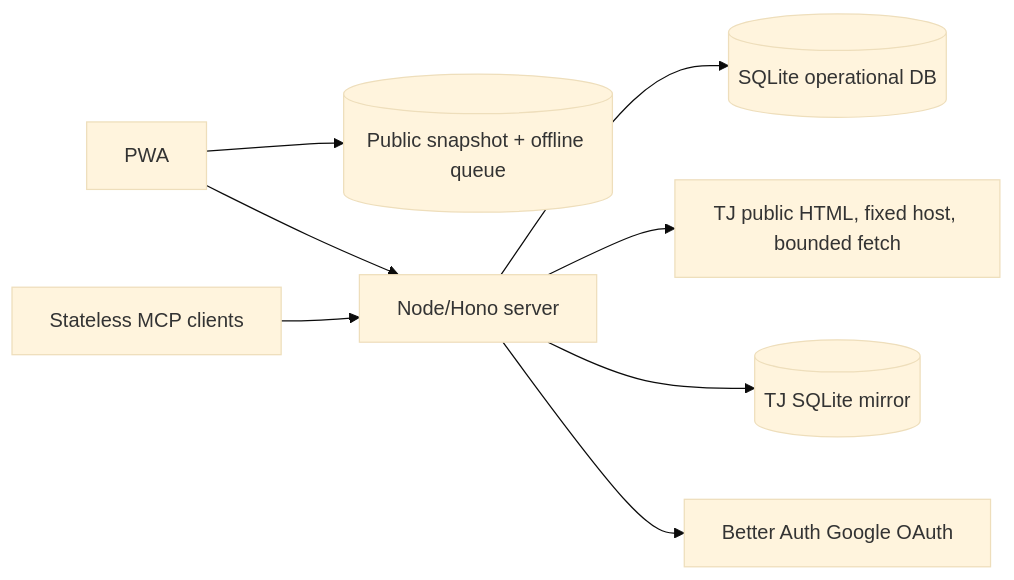
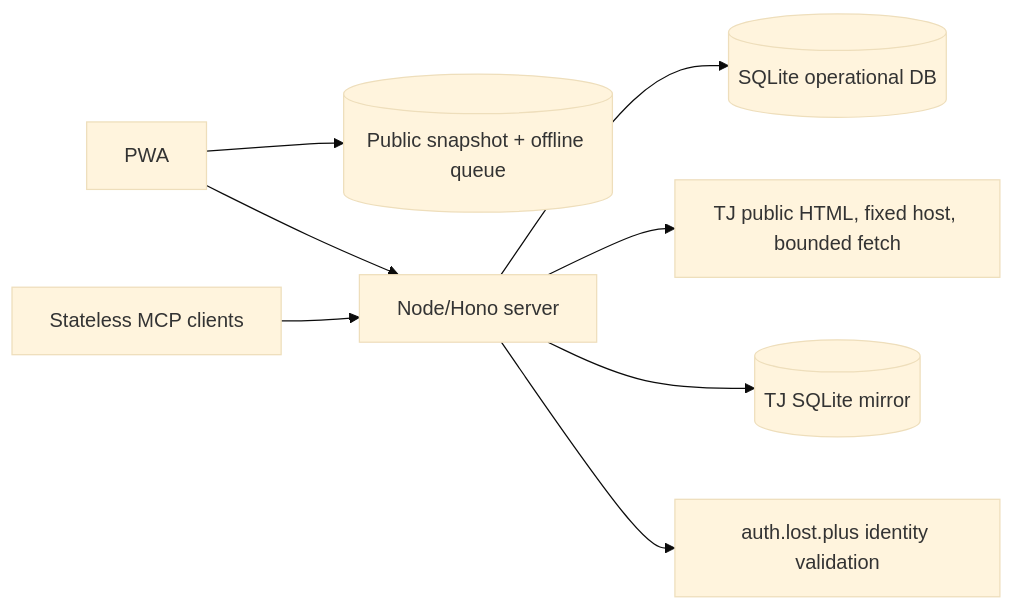
One commit to LPFchan/okdam-songbook changed the diagram in docs/architecture.md. Above: the diagram before and after it, drawn with Mermaid (base theme). The commit also changed other lines of this file and 34 other files, not shown here.

````diff
--- a/docs/architecture.md
+++ b/docs/architecture.md
@@ -7,10 +7,10 @@
 ```mermaid
 flowchart LR
   Browser[PWA] --> IndexedDB[(Public snapshot + offline queue)]
   Browser --> Node[Node/Hono server]
   MCP[Stateless MCP clients] --> Node
   Node --> SQLite[(SQLite operational DB)]
   Node --> TJ[TJ public HTML, fixed host, bounded fetch]
   Node --> Mirror[(TJ SQLite mirror)]
-  Node --> Google[Better Auth Google OAuth]
+  Node --> Auth[auth.lost.plus identity validation]
 ```
````
